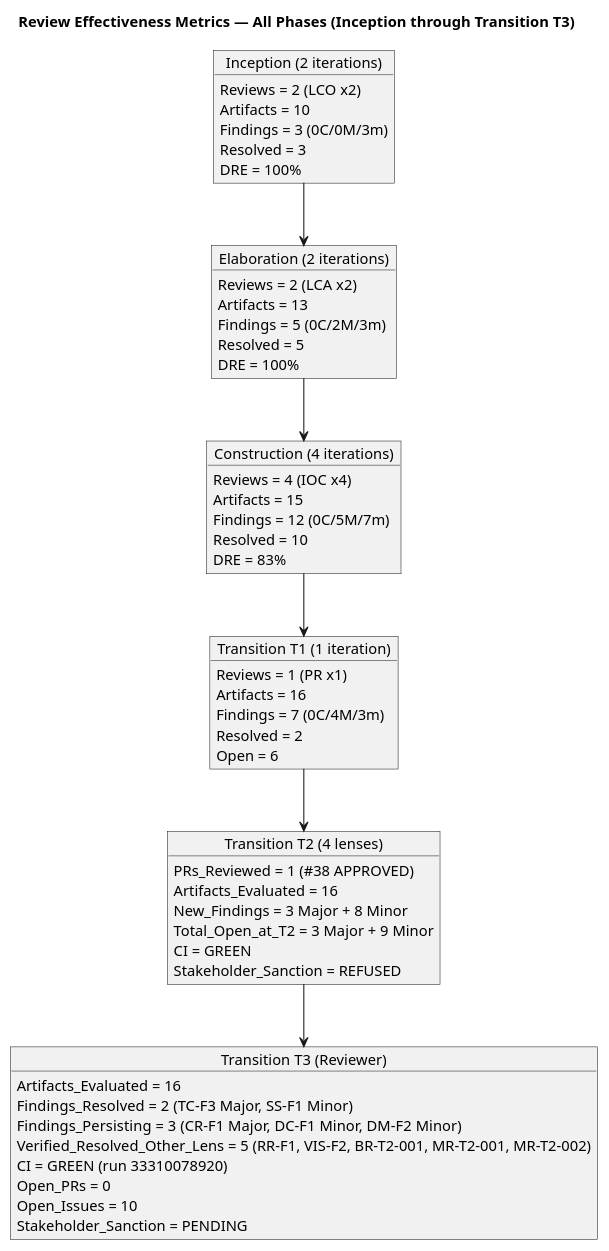
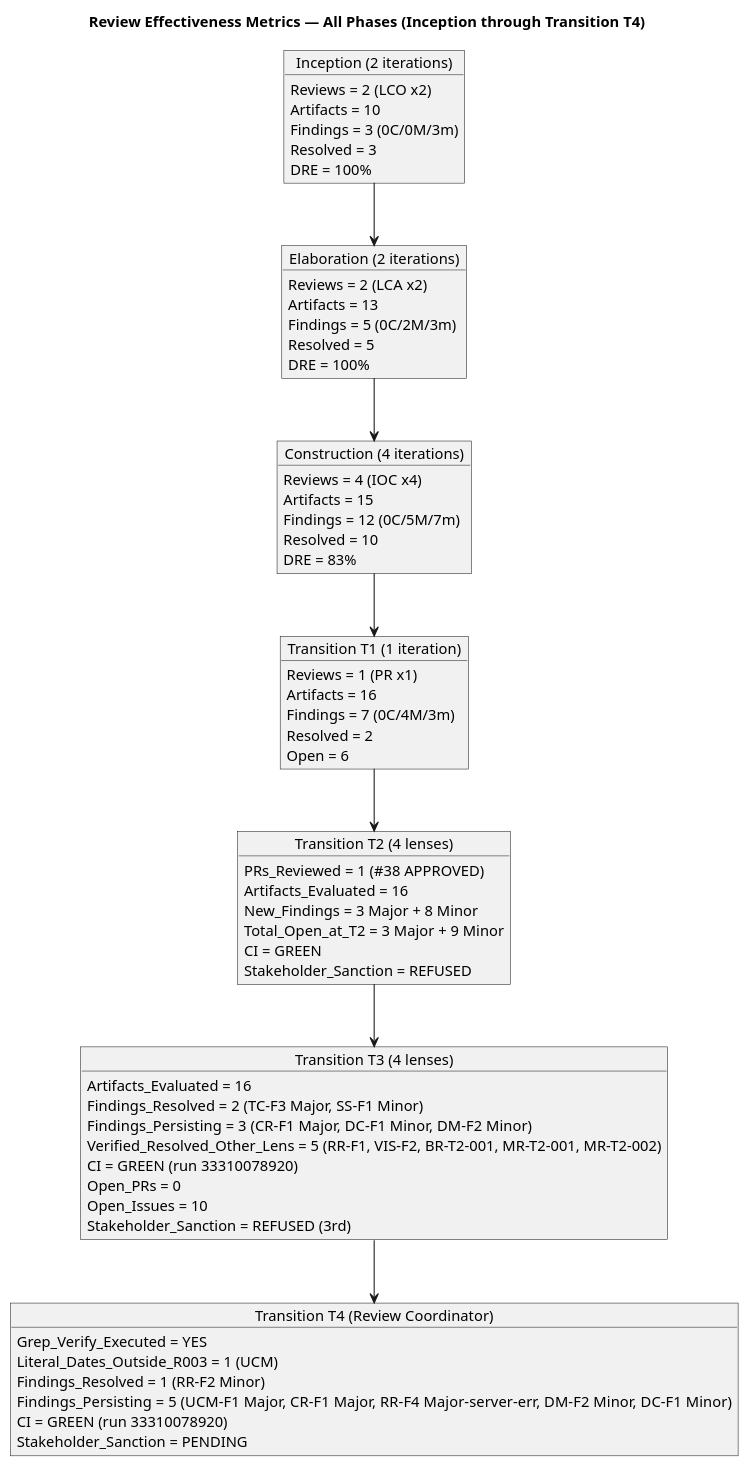
Before and after one commit to banense-test/portal-cuba-corp: the diagram in docs/artifacts/project-management/review-record.md, drawn with PlantUML. The commit also changed other lines of this file, not shown here.

First line of the commit message:
Review Coordinator [T3]: upsert Review Record

````diff
--- a/docs/artifacts/project-management/review-record.md
+++ b/docs/artifacts/project-management/review-record.md
@@ -170,69 +172,79 @@
 ```plantuml
 @startuml
-title Review Effectiveness Metrics — All Phases (Inception through Transition T3)
+title Review Effectiveness Metrics — All Phases (Inception through Transition T4)
 
 skinparam classAttributeIconSize 0
 skinparam classBackgroundColor #F0F4FF
 skinparam classBorderColor #336699
 skinparam shadowing false
 
 object "Inception (2 iterations)" as INC {
   Reviews = 2 (LCO x2)
   Artifacts = 10
   Findings = 3 (0C/0M/3m)
   Resolved = 3
   DRE = 100%
 }
 
 object "Elaboration (2 iterations)" as ELA {
   Reviews = 2 (LCA x2)
   Artifacts = 13
   Findings = 5 (0C/2M/3m)
   Resolved = 5
   DRE = 100%
 }
 
 object "Construction (4 iterations)" as CON {
   Reviews = 4 (IOC x4)
   Artifacts = 15
   Findings = 12 (0C/5M/7m)
   Resolved = 10
   DRE = 83%
 }
 
 object "Transition T1 (1 iteration)" as TRA1 {
   Reviews = 1 (PR x1)
   Artifacts = 16
   Findings = 7 (0C/4M/3m)
   Resolved = 2
   Open = 6
 }
 
 object "Transition T2 (4 lenses)" as TRA2 {
   PRs_Reviewed = 1 (#38 APPROVED)
   Artifacts_Evaluated = 16
   New_Findings = 3 Major + 8 Minor
   Total_Open_at_T2 = 3 Major + 9 Minor
   CI = GREEN
   Stakeholder_Sanction = REFUSED
 }
 
-object "Transition T3 (Reviewer)" as TRA3 {
+object "Transition T3 (4 lenses)" as TRA3 {
   Artifacts_Evaluated = 16
   Findings_Resolved = 2 (TC-F3 Major, SS-F1 Minor)
   Findings_Persisting = 3 (CR-F1 Major, DC-F1 Minor, DM-F2 Minor)
   Verified_Resolved_Other_Lens = 5 (RR-F1, VIS-F2, BR-T2-001, MR-T2-001, MR-T2-002)
   CI = GREEN (run 33310078920)
   Open_PRs = 0
   Open_Issues = 10
+  Stakeholder_Sanction = REFUSED (3rd)
+}
+
+object "Transition T4 (Review Coordinator)" as TRA4 {
+  Grep_Verify_Executed = YES
+  Literal_Dates_Outside_R003 = 1 (UCM)
+  Findings_Resolved = 1 (RR-F2 Minor)
+  Findings_Persisting = 5 (UCM-F1 Major, CR-F1 Major, RR-F4 Major-server-err, DM-F2 Minor, DC-F1 Minor)
+  CI = GREEN (run 33310078920)
   Stakeholder_Sanction = PENDING
 }
 
 INC --> ELA
 ELA --> CON
 CON --> TRA1
 TRA1 --> TRA2
 TRA2 --> TRA3
+TRA3 --> TRA4
 
 @enduml
 ```
````
